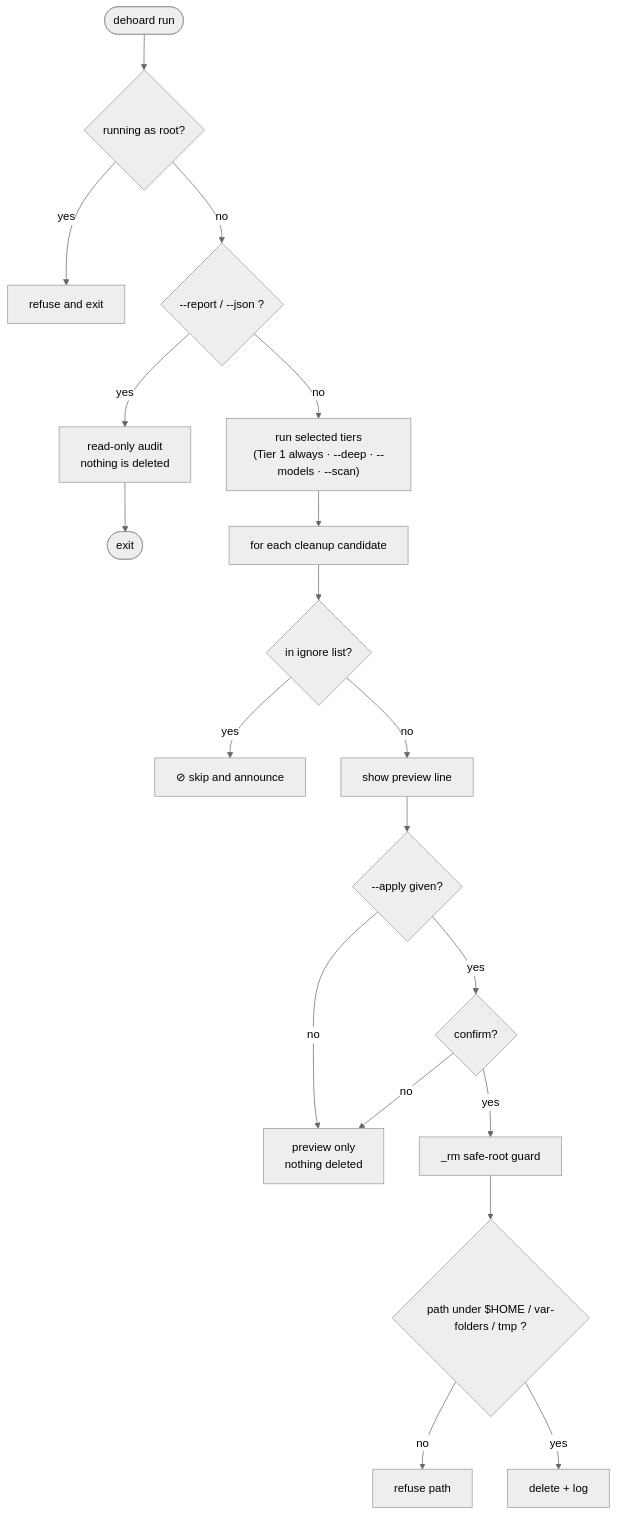
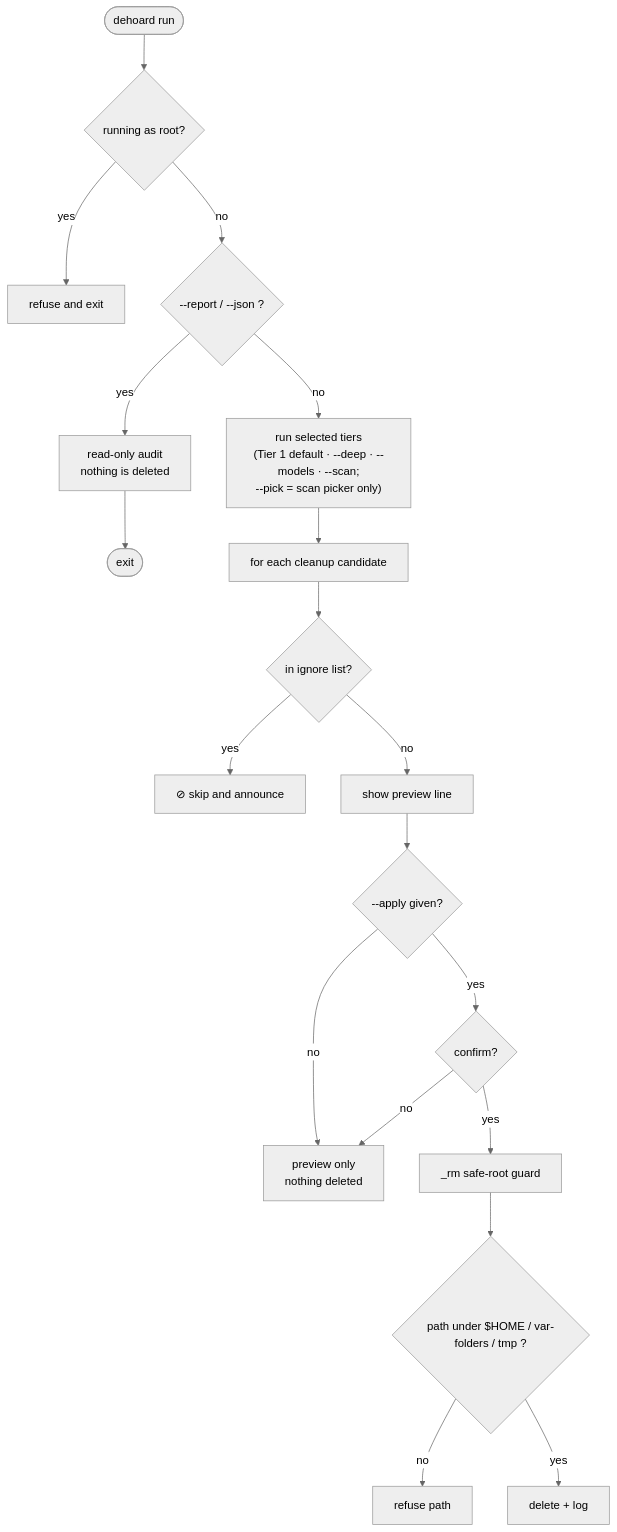
One commit to vishwaksena-dingari/dehoard changed the first of 2 diagrams in README.md. Above: the diagram before and after it, drawn with Mermaid (neutral theme). The commit also changed other lines of this file and 10 other files, not shown here.

````diff
--- a/README.md
+++ b/README.md
@@ -46,20 +47,20 @@
 ```mermaid
 flowchart TD
     A([dehoard run]) --> B{running as root?}
     B -- yes --> X[refuse and exit]
     B -- no --> C{"--report / --json ?"}
     C -- yes --> R[read-only audit<br/>nothing is deleted] --> Z([exit])
-    C -- no --> D["run selected tiers<br/>(Tier 1 always · --deep · --models · --scan)"]
+    C -- no --> D["run selected tiers<br/>(Tier 1 default · --deep · --models · --scan;<br/>--pick = scan picker only)"]
     D --> E[for each cleanup candidate]
     E --> F{in ignore list?}
     F -- yes --> G["⊘ skip and announce"]
     F -- no --> H[show preview line]
     H --> I{"--apply given?"}
     I -- no --> P[preview only<br/>nothing deleted]
     I -- yes --> J{confirm?}
     J -- no --> P
     J -- yes --> K[_rm safe-root guard]
     K --> L{"path under $HOME / var-folders / tmp ?"}
     L -- no --> Y[refuse path]
     L -- yes --> M[delete + log]
 ```
````
